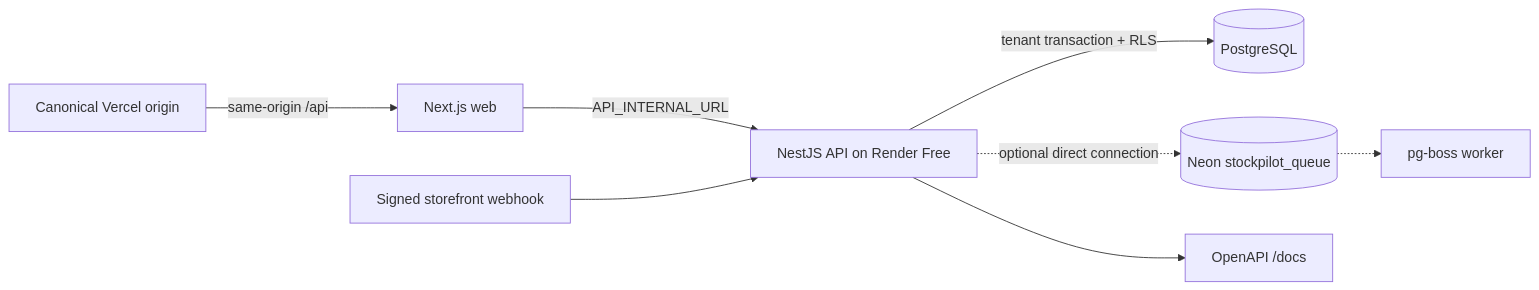
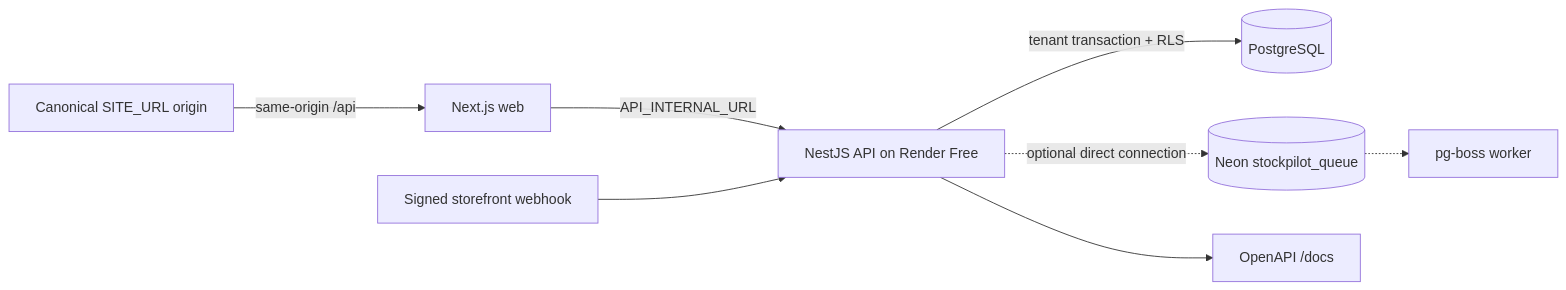
The diagram in docs/architecture.md (longhang2004/StockPilot), drawn with Mermaid before and after one commit. The commit also changed 26 other files, not shown here.

````diff
--- a/docs/architecture.md
+++ b/docs/architecture.md
@@ -7,10 +7,10 @@
 ```mermaid
 flowchart LR
-  Browser[Canonical Vercel origin] -->|same-origin /api| Web[Next.js web]
+  Browser[Canonical SITE_URL origin] -->|same-origin /api| Web[Next.js web]
   Web -->|API_INTERNAL_URL| API[NestJS API on Render Free]
   Storefront[Signed storefront webhook] --> API
   API -->|tenant transaction + RLS| DB[(PostgreSQL)]
   API -.->|optional direct connection| Queue[(Neon stockpilot_queue)]
   Queue -.-> Jobs[pg-boss worker]
   API --> Docs[OpenAPI /docs]
 ```
````
